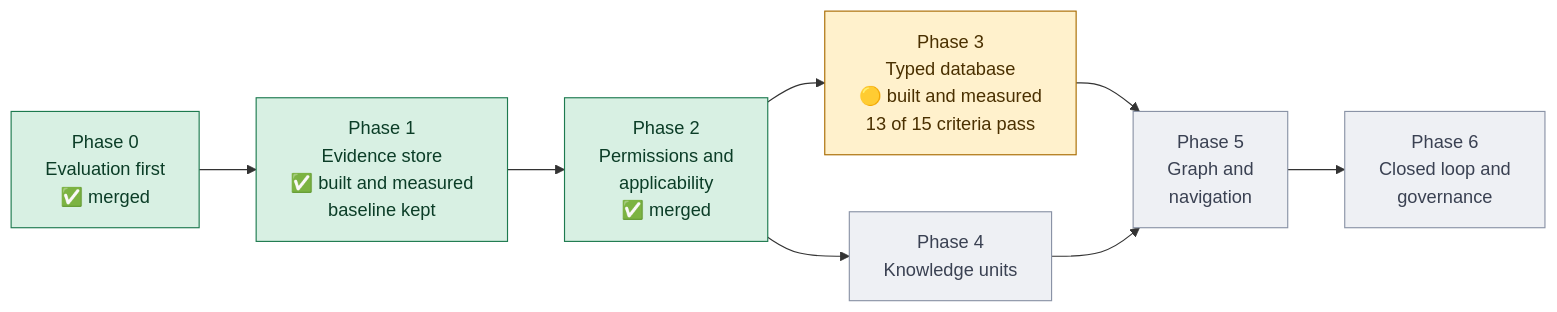
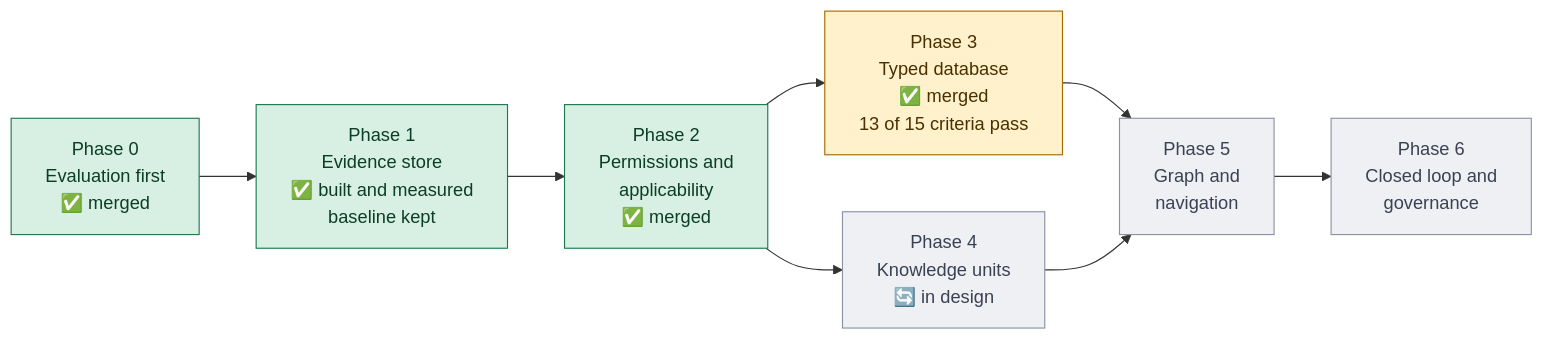
The diagram in README.md (GaryTang32/agent-data-retrieval), drawn with Mermaid before and after one commit. The commit also changed other lines of this file and 1 other file, not shown here.

First line of the commit message:
Status: Phase 3 merged (#8); Phase 4 in design

````diff
--- a/README.md
+++ b/README.md
@@ -47,20 +47,20 @@
 ```mermaid
 flowchart LR
     P0["Phase 0<br/>Evaluation first<br/>✅ merged"]
     P1["Phase 1<br/>Evidence store<br/>✅ built and measured<br/>baseline kept"]
     P2["Phase 2<br/>Permissions and<br/>applicability<br/>✅ merged"]
-    P3["Phase 3<br/>Typed database<br/>🟡 built and measured<br/>13 of 15 criteria pass"]
-    P4["Phase 4<br/>Knowledge units"]
+    P3["Phase 3<br/>Typed database<br/>✅ merged<br/>13 of 15 criteria pass"]
+    P4["Phase 4<br/>Knowledge units<br/>🔄 in design"]
     P5["Phase 5<br/>Graph and<br/>navigation"]
     P6["Phase 6<br/>Closed loop and<br/>governance"]
     P0 --> P1 --> P2
     P2 --> P3 --> P5
     P2 --> P4 --> P5
     P5 --> P6
     classDef done fill:#d8f0e3,stroke:#1d7a4f,color:#0b3d27
     classDef active fill:#fff1cc,stroke:#a86b00,color:#4a3000
     classDef todo fill:#eef0f4,stroke:#8a93a6,color:#3a4152
     class P0,P1,P2 done
     class P3 active
     class P4,P5,P6 todo
 ```
````
